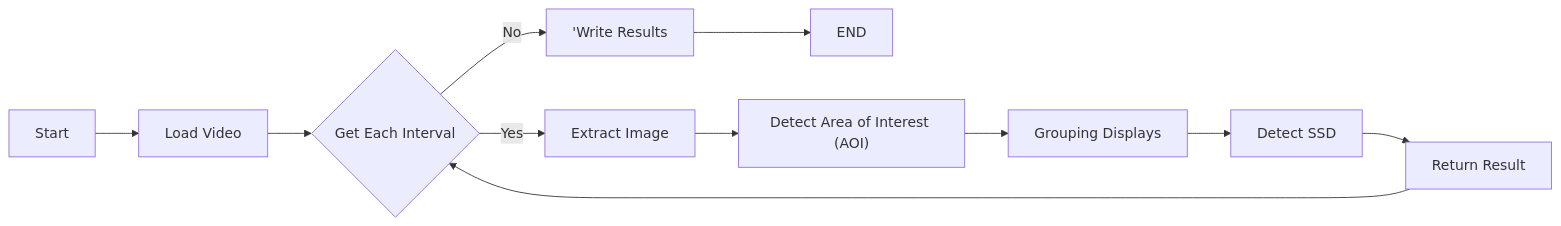
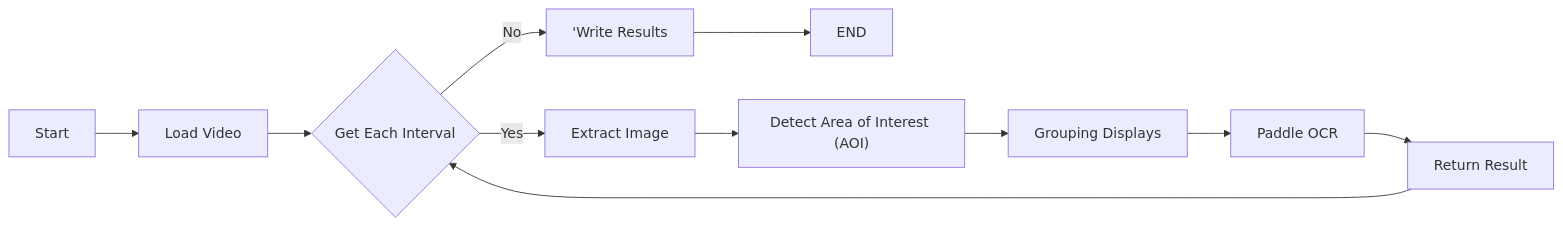
The diagram in README.md (sanekee/skylogger-paddle), drawn with Mermaid before and after one commit. The commit also changed other lines of this file, not shown here.

````diff
--- a/README.md
+++ b/README.md
@@ -9,12 +11,12 @@
 ```mermaid
 flowchart LR
     A[Start] --> B[Load Video]
     B --> C{Get Each Interval}
     C -->|No| D['Write Results] --> E[END]
     C --> |Yes| F[Extract Image]
     F --> G[Detect Area of Interest #40;AOI#41;]
     G --> I[Grouping Displays]
-    I --> J[Detect SSD]
+    I --> J[Paddle OCR]
     J --> K[Return Result] --> C
 
 ```
````
